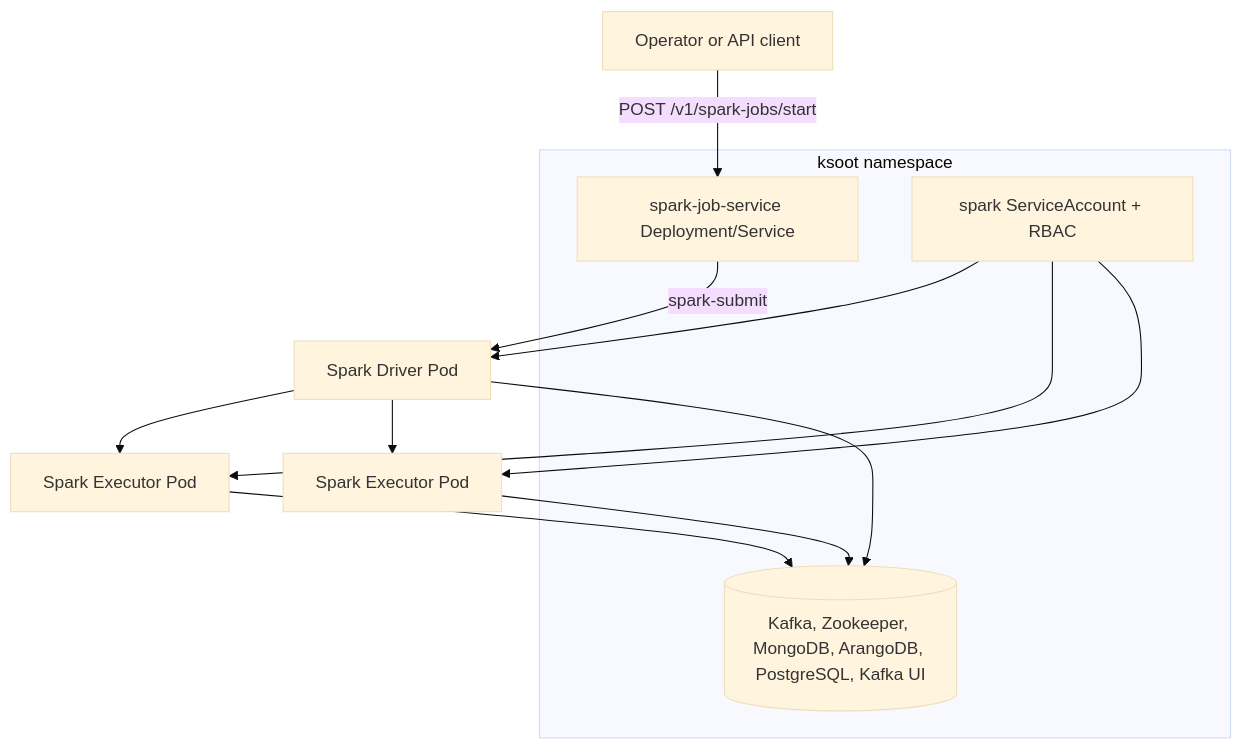
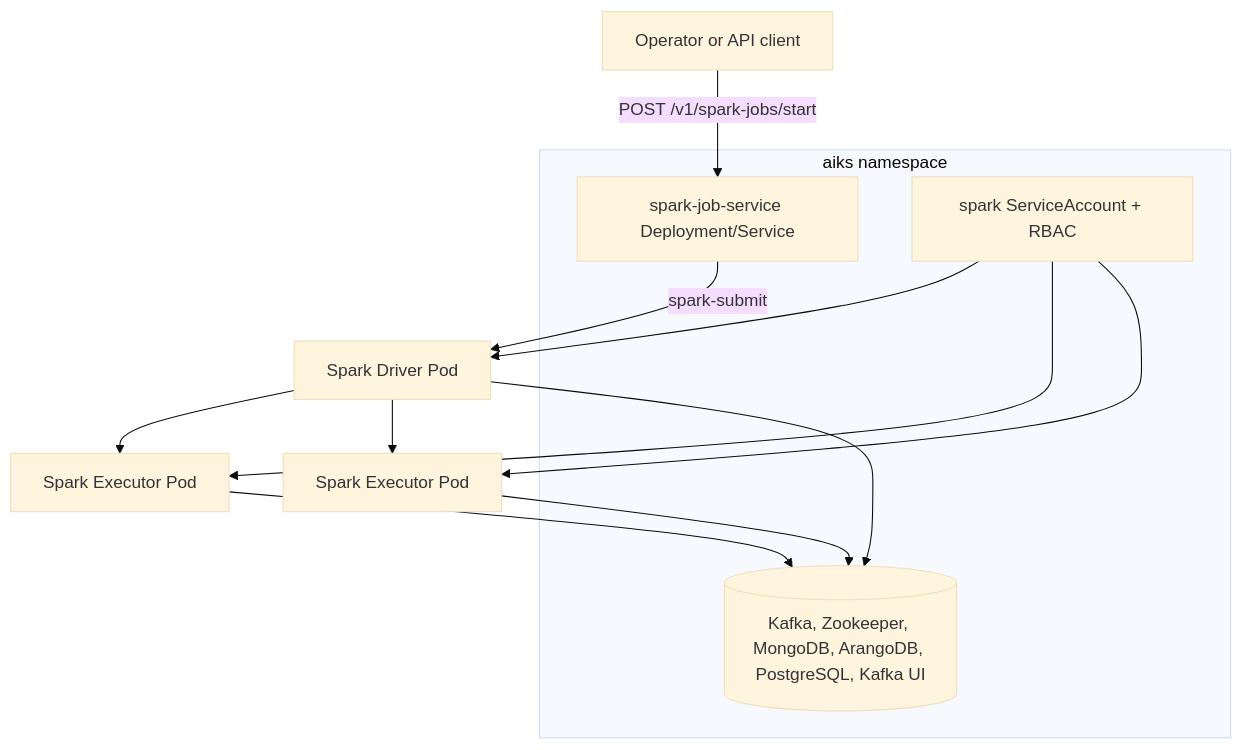
One commit to paulchen8206/Spark-Platform-on-Kubernetes-with-Spring-Boot changed the third of 6 diagrams in docs/ARCHITECTURE.md. Above: the diagram before and after it, drawn with Mermaid (base theme). The commit also changed 188 other files, not shown here.

````diff
--- a/docs/ARCHITECTURE.md
+++ b/docs/ARCHITECTURE.md
@@ -43,19 +43,19 @@
 ```mermaid
 flowchart TB
-  subgraph K8s[ksoot namespace]
+  subgraph K8s[aiks namespace]
     SVC[spark-job-service Deployment/Service]
     INFRA[(Kafka, Zookeeper, MongoDB, ArangoDB, PostgreSQL, Kafka UI)]
     RBAC[spark ServiceAccount + RBAC]
   end
 
   USER[Operator or API client] -->|POST /v1/spark-jobs/start| SVC
   SVC -->|spark-submit| DRV[Spark Driver Pod]
   DRV --> EX1[Spark Executor Pod]
   DRV --> EX2[Spark Executor Pod]
   DRV --> INFRA
   EX1 --> INFRA
   EX2 --> INFRA
   RBAC --> DRV
   RBAC --> EX1
   RBAC --> EX2
 ```
````
